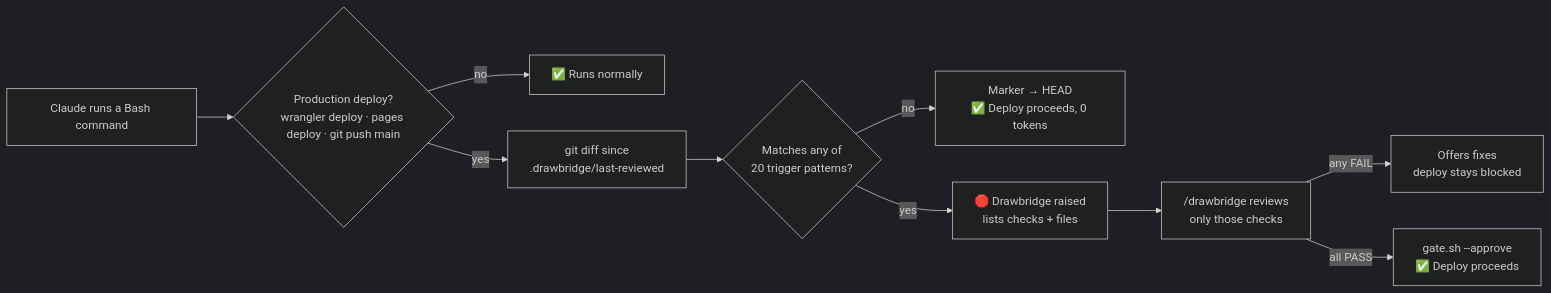
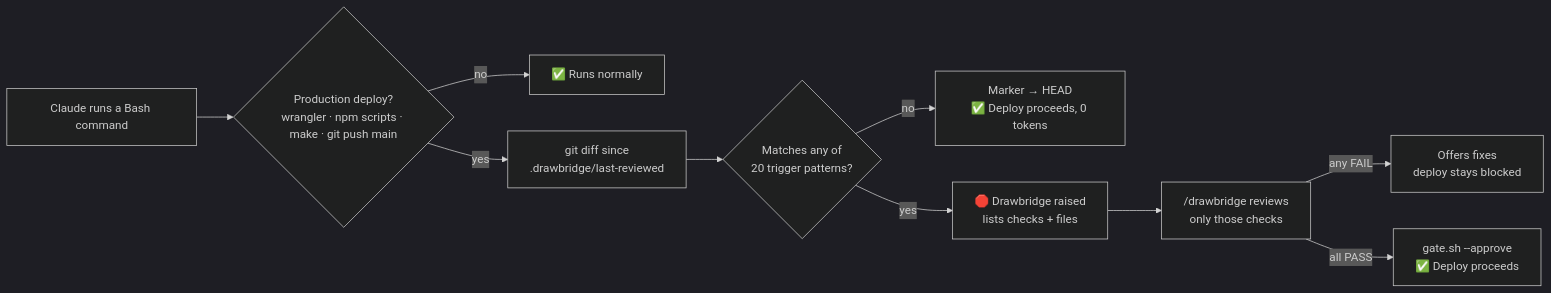
One commit to grapeslush/DrawBridge changed the diagram in README.md. Above: the diagram before and after it, drawn with Mermaid (dark theme). The commit also changed other lines of this file and 3 other files, not shown here.

First line of the commit message:
Gate every route to a production deploy, not just literal wrangler/git push

````diff
--- a/README.md
+++ b/README.md
@@ -36,12 +36,12 @@
 ```mermaid
 flowchart LR
-    A["Claude runs a Bash command"] --> B{"Production deploy?<br/>wrangler deploy · pages deploy · git push main"}
+    A["Claude runs a Bash command"] --> B{"Production deploy?<br/>wrangler · npm scripts · make · git push main"}
     B -- no --> Z["✅ Runs normally"]
     B -- yes --> C["git diff since<br/>.drawbridge/last-reviewed"]
     C --> D{"Matches any of<br/>20 trigger patterns?"}
     D -- no --> E["Marker → HEAD<br/>✅ Deploy proceeds, 0 tokens"]
     D -- yes --> F["🛑 Drawbridge raised<br/>lists checks + files"]
     F --> G["/drawbridge reviews<br/>only those checks"]
     G -- "any FAIL" --> H["Offers fixes<br/>deploy stays blocked"]
     G -- "all PASS" --> I["gate.sh --approve<br/>✅ Deploy proceeds"]
 ```
````
